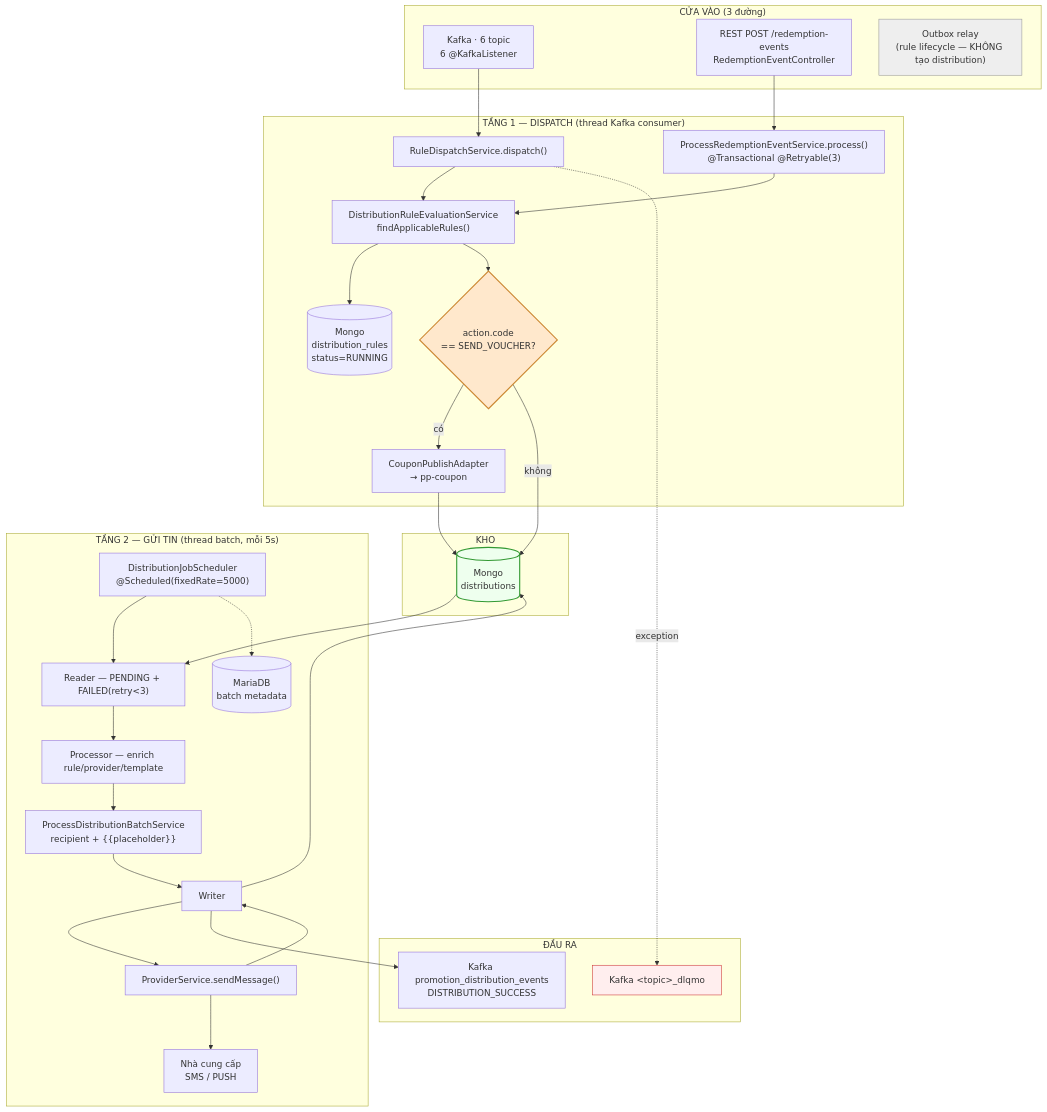
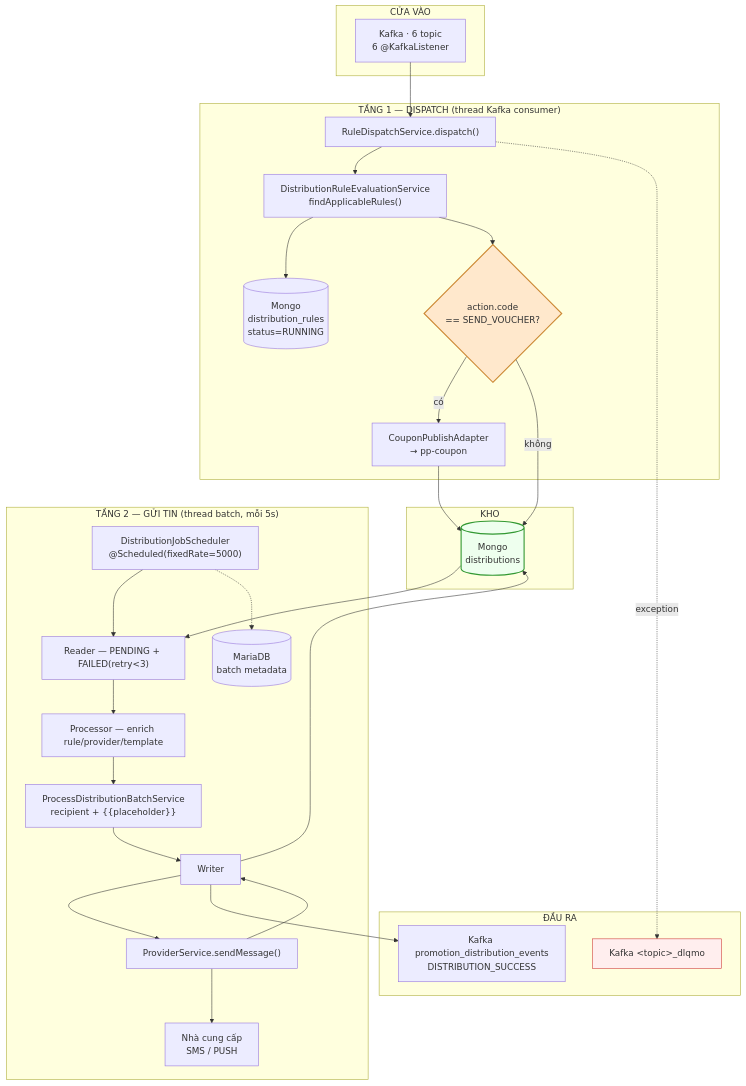
One commit to devtam-02/note-sharing changed the first of 13 diagrams in docs-distribution-rule/08-SO-DO-DAY-DU.md. Above: the diagram before and after it, drawn with Mermaid.

Commit message:
Revise flowchart in SO-DO-DAY-DU documentation
Updated the flowchart in the documentation to remove references to the third entry point and associated services.

````diff
--- a/docs-distribution-rule/08-SO-DO-DAY-DU.md
+++ b/docs-distribution-rule/08-SO-DO-DAY-DU.md
@@ -15,61 +15,55 @@
 ```mermaid
 flowchart TB
-    subgraph IN["CỬA VÀO (3 đường)"]
+    subgraph IN["CỬA VÀO"]
         K1["Kafka · 6 topic<br/>6 @KafkaListener"]
-        K2["REST POST /redemption-events<br/>RedemptionEventController"]
-        K3["Outbox relay<br/>(rule lifecycle — KHÔNG tạo distribution)"]
     end
 
     subgraph DISPATCH["TẦNG 1 — DISPATCH (thread Kafka consumer)"]
         RD["RuleDispatchService.dispatch()"]
-        PR["ProcessRedemptionEventService.process()<br/>@Transactional @Retryable(3)"]
         EV["DistributionRuleEvaluationService<br/>findApplicableRules()"]
         MG1[("Mongo<br/>distribution_rules<br/>status=RUNNING")]
         ACT{"action.code<br/>== SEND_VOUCHER?"}
         CP["CouponPublishAdapter<br/>→ pp-coupon"]
     end
 
     subgraph STORE["KHO"]
         MG2[("Mongo<br/>distributions")]
     end
 
     subgraph BATCH["TẦNG 2 — GỬI TIN (thread batch, mỗi 5s)"]
         SCH["DistributionJobScheduler<br/>@Scheduled(fixedRate=5000)"]
         RE["Reader — PENDING + FAILED(retry<3)"]
         PRO["Processor — enrich rule/provider/template"]
         BS["ProcessDistributionBatchService<br/>recipient + {{placeholder}}"]
         WR["Writer"]
         PS["ProviderService.sendMessage()"]
         EXT["Nhà cung cấp<br/>SMS / PUSH"]
         MARIA[("MariaDB<br/>batch metadata")]
     end
 
     subgraph OUT["ĐẦU RA"]
         KOUT["Kafka promotion_distribution_events<br/>DISTRIBUTION_SUCCESS"]
         DLQ["Kafka &lt;topic&gt;_dlqmo"]
     end
 
     K1 --> RD
-    K2 --> PR
     RD --> EV
-    PR --> EV
     EV --> MG1
     EV --> ACT
     ACT -- "có" --> CP
     CP --> MG2
     ACT -- "không" --> MG2
     RD -. "exception" .-> DLQ
 
     SCH --> RE
     MG2 --> RE
     RE --> PRO --> BS --> WR --> PS --> EXT
     PS --> WR
     WR --> MG2
     WR --> KOUT
     SCH -.-> MARIA
 
     style ACT fill:#ffe8cc,stroke:#c83,stroke-width:2px
     style MG2 fill:#efe,stroke:#393,stroke-width:2px
     style DLQ fill:#fee,stroke:#c33
-    style K3 fill:#eee,stroke:#999
 ```
````
